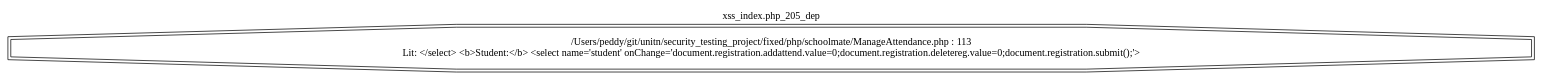
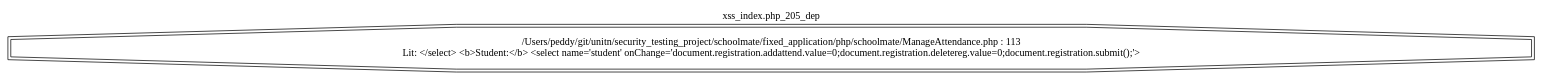
The diagram in taint_analysis/fixed_app/dot/dep/xss_index.php_205_dep.dot (davidepedranz/security_testing_project), drawn with Graphviz before and after one commit. The commit also changed 1616 other files, not shown here.

```diff
--- a/taint_analysis/fixed_app/dot/dep/xss_index.php_205_dep.dot
+++ b/taint_analysis/fixed_app/dot/dep/xss_index.php_205_dep.dot
@@ -1,5 +1,5 @@
 digraph cfg {
   label="xss_index.php_205_dep";
   labelloc=t;
-  n1 [shape=doubleoctagon, label="/Users/peddy/git/unitn/security_testing_project/fixed/php/schoolmate/ManageAttendance.php : 113\nLit: 	 </select> <b>Student:</b> <select name='student' onChange='document.registration.addattend.value=0;document.registration.deletereg.value=0;document.registration.submit();'>\n"];
+  n1 [shape=doubleoctagon, label="/Users/peddy/git/unitn/security_testing_project/schoolmate/fixed_application/php/schoolmate/ManageAttendance.php : 113\nLit: 	 </select> <b>Student:</b> <select name='student' onChange='document.registration.addattend.value=0;document.registration.deletereg.value=0;document.registration.submit();'>\n"];
 }
```
